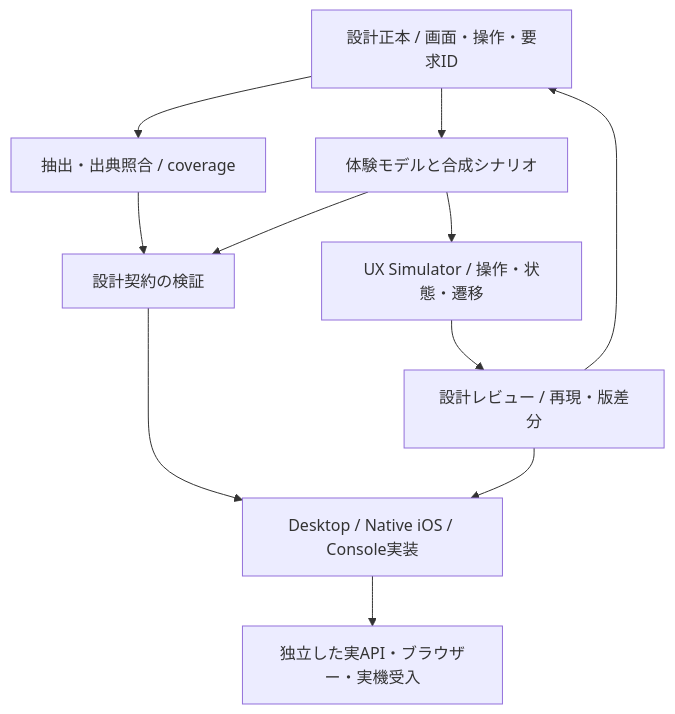
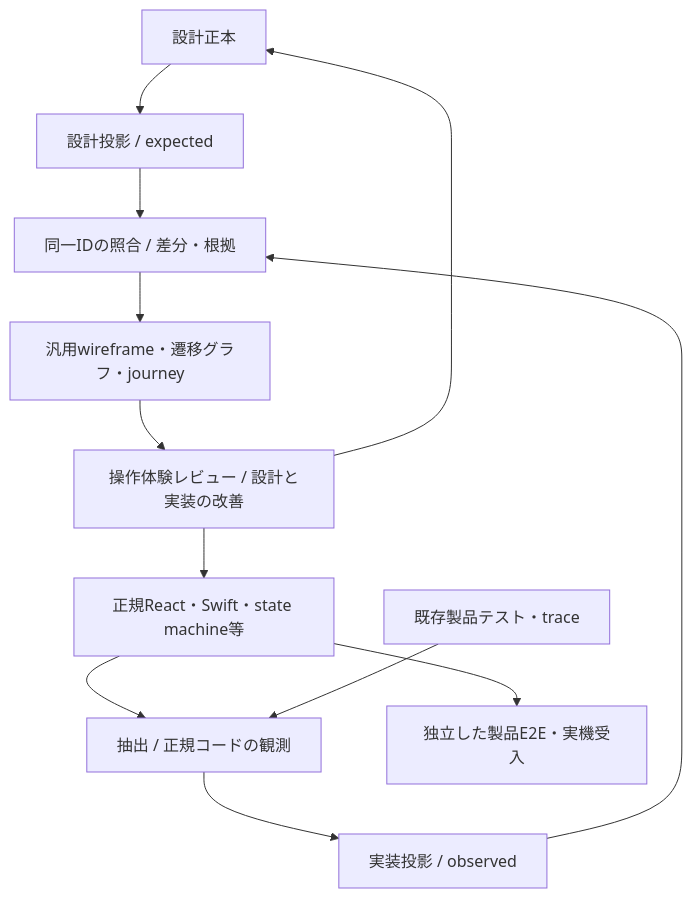
The first of 2 diagrams in docs/design/UX-SIMULATOR-CONTRACT.md (yohn-jp/codexia), drawn with Mermaid before and after one commit. The commit also changed other lines of this file and 4 other files, not shown here.

````diff
--- a/docs/design/UX-SIMULATOR-CONTRACT.md
+++ b/docs/design/UX-SIMULATOR-CONTRACT.md
@@ -30,13 +35,14 @@
 ```mermaid
 flowchart TD
-  DOC["設計正本 / 画面・操作・要求ID"] --> INDEX["抽出・出典照合 / coverage"]
-  DOC --> MODEL["体験モデルと合成シナリオ"]
-  INDEX --> GATE["設計契約の検証"]
-  MODEL --> GATE
-  MODEL --> VIEW["UX Simulator / 操作・状態・遷移"]
-  VIEW --> REVIEW["設計レビュー / 再現・版差分"]
+  DOC["設計正本"] --> D["設計投影 / expected"]
+  CODE["正規React・Swift・state machine等"] --> E["抽出 / 正規コードの観測"]
+  TEST["既存製品テスト・trace"] --> E
+  E --> O["実装投影 / observed"]
+  D --> MAP["同一IDの照合 / 差分・根拠"]
+  O --> MAP
+  MAP --> VIEW["汎用wireframe・遷移グラフ・journey"]
+  VIEW --> REVIEW["操作体験レビュー / 設計と実装の改善"]
   REVIEW --> DOC
-  GATE --> DEV["Desktop / Native iOS / Console実装"]
-  REVIEW --> DEV
-  DEV --> E2E["独立した実API・ブラウザー・実機受入"]
+  REVIEW --> CODE
+  CODE --> E2E["独立した製品E2E・実機受入"]
 ```
````
